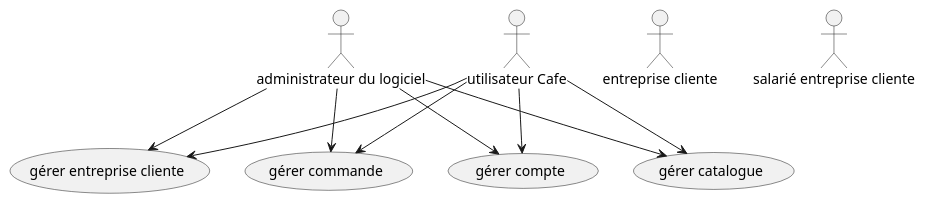
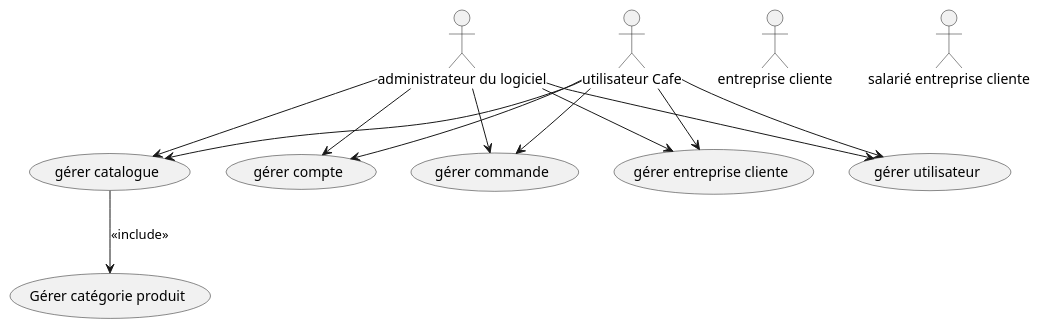
One commit to jeanbaptisteaubry/2023-CSCafe-Condo changed the diagram in usecase.plantuml. Above: the diagram before and after it, drawn with PlantUML. The commit also changed 39 other files, not shown here.

```diff
--- a/usecase.plantuml
+++ b/usecase.plantuml
@@ -1,24 +1,30 @@
 @startuml
 
 usecase (gérer compte) as UC_Gerer_Compte
 usecase (gérer catalogue) as UC_Gerer_Catalogue
 usecase (gérer entreprise cliente) as UC_Gerer_Entreprise
 usecase (gérer commande) as UC_Gerer_Commande
-
+usecase (gérer utilisateur) as UC_Gerer_Utilisateur
+usecase (Gérer catégorie produit) as UC_Gerer_Categorie
 
 actor :administrateur du logiciel: as admin
 actor :utilisateur Cafe: as userCafe
 actor :entreprise cliente: as entreprise
 actor :salarié entreprise cliente: as salarie
 
 
 admin --> UC_Gerer_Compte
 admin --> UC_Gerer_Catalogue
 admin --> UC_Gerer_Entreprise
 admin --> UC_Gerer_Commande
+admin --> UC_Gerer_Utilisateur
 
 userCafe --> UC_Gerer_Compte
 userCafe --> UC_Gerer_Catalogue
 userCafe --> UC_Gerer_Entreprise
 userCafe --> UC_Gerer_Commande
+userCafe --> UC_Gerer_Utilisateur
+
+ UC_Gerer_Catalogue --> UC_Gerer_Categorie : <<include>>
+
 @enduml
```
